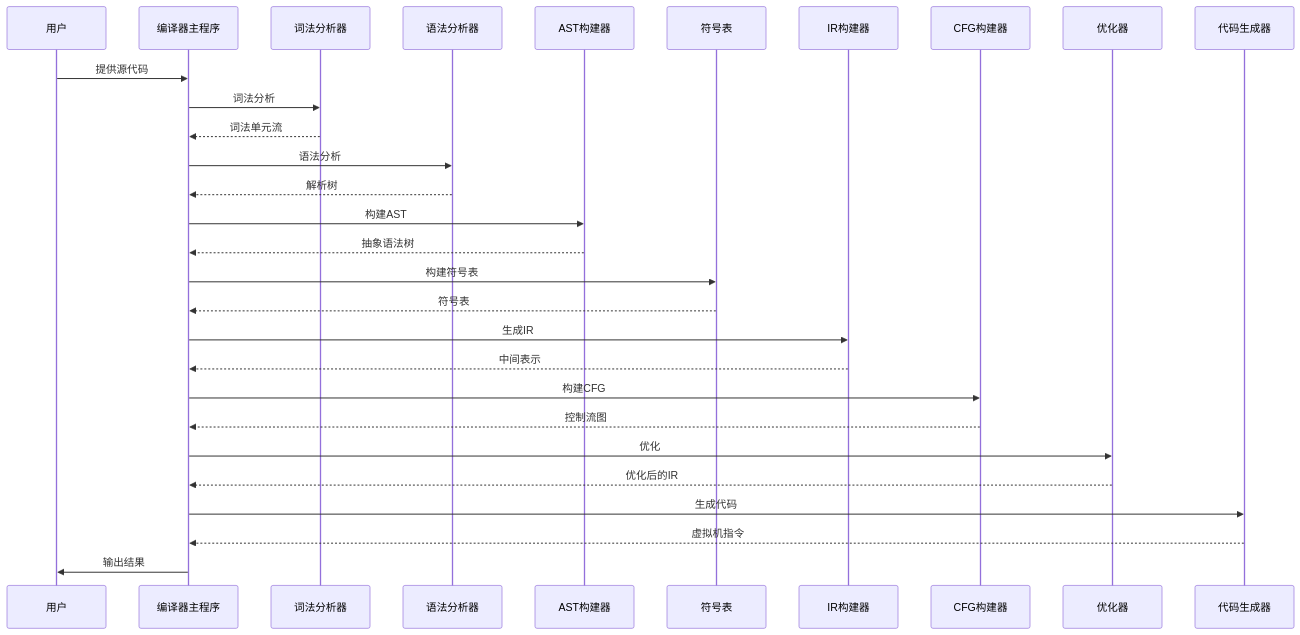
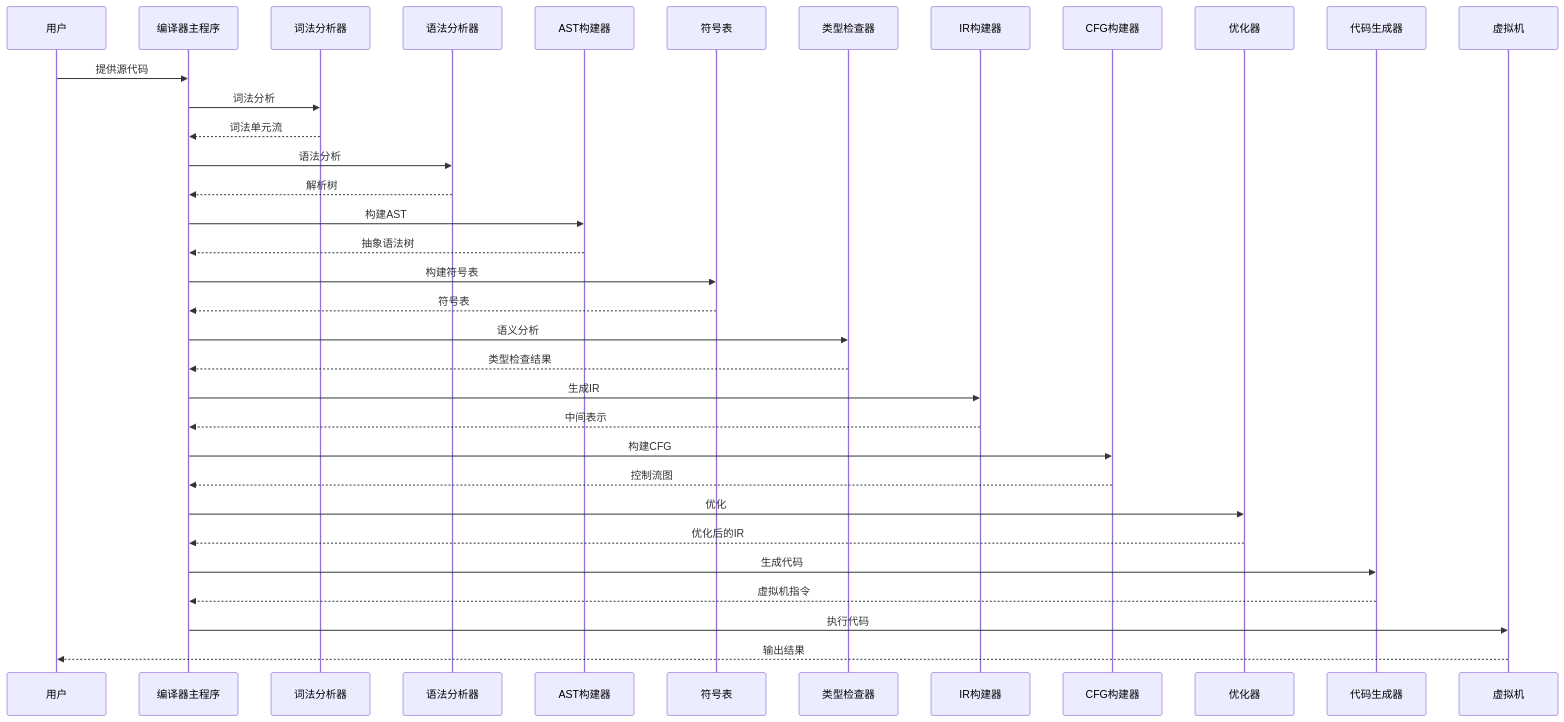
One commit to whtoo/How_to_implment_PL_in_Antlr4 changed the first of 9 diagrams in ep20/docs/compilation-sequence.md. Above: the diagram before and after it, drawn with Mermaid. The commit also changed other lines of this file and 11 other files, not shown here.

First line of the commit message:
docs(README): 更新项目文档和架构图

````diff
--- a/ep20/docs/compilation-sequence.md
+++ b/ep20/docs/compilation-sequence.md
@@ -5,32 +5,37 @@
 ```mermaid
 sequenceDiagram
     participant User as 用户
     participant Compiler as 编译器主程序
     participant Lexer as 词法分析器
     participant Parser as 语法分析器
     participant ASTBuilder as AST构建器
     participant Symtab as 符号表
+    participant TypeChecker as 类型检查器
     participant IRBuilder as IR构建器
     participant CFGBuilder as CFG构建器
     participant Optimizer as 优化器
     participant Assembler as 代码生成器
+    participant VM as 虚拟机
 
     User->>Compiler: 提供源代码
     Compiler->>Lexer: 词法分析
     Lexer-->>Compiler: 词法单元流
     Compiler->>Parser: 语法分析
     Parser-->>Compiler: 解析树
     Compiler->>ASTBuilder: 构建AST
     ASTBuilder-->>Compiler: 抽象语法树
     Compiler->>Symtab: 构建符号表
     Symtab-->>Compiler: 符号表
+    Compiler->>TypeChecker: 语义分析
+    TypeChecker-->>Compiler: 类型检查结果
     Compiler->>IRBuilder: 生成IR
     IRBuilder-->>Compiler: 中间表示
     Compiler->>CFGBuilder: 构建CFG
     CFGBuilder-->>Compiler: 控制流图
     Compiler->>Optimizer: 优化
     Optimizer-->>Compiler: 优化后的IR
     Compiler->>Assembler: 生成代码
     Assembler-->>Compiler: 虚拟机指令
-    Compiler->>User: 输出结果
+    Compiler->>VM: 执行代码
+    VM-->>User: 输出结果
 ```
````
